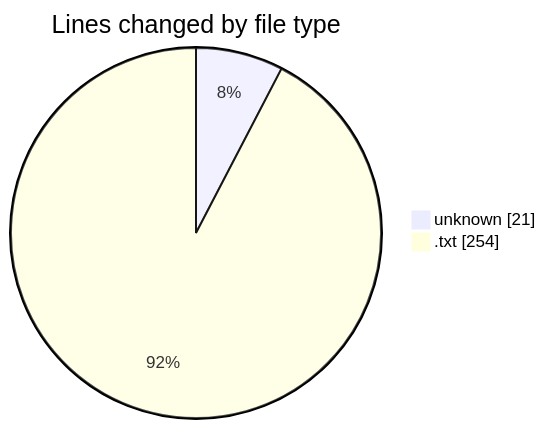
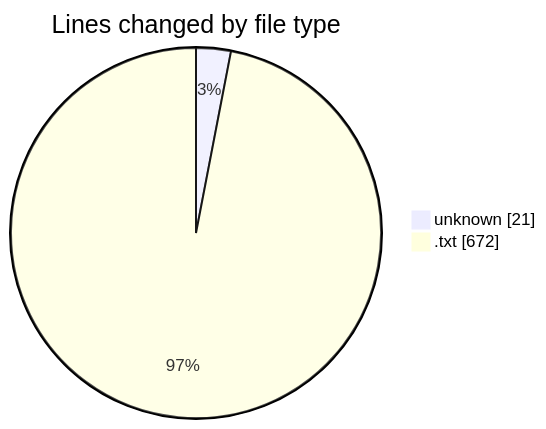
One commit to EIIisD/code-tracking changed the first of 2 diagrams in 2025-07-25/cutler/README.md. Above: the diagram before and after it, drawn with Mermaid. The commit also changed other lines of this file and 1 other file, not shown here.

````diff
--- a/2025-07-25/cutler/README.md
+++ b/2025-07-25/cutler/README.md
@@ -26,6 +29,6 @@
 ```mermaid
 pie showData
 title Lines changed by file type
 "unknown" : 21
-".txt" : 254
+".txt" : 672
 ```
````
